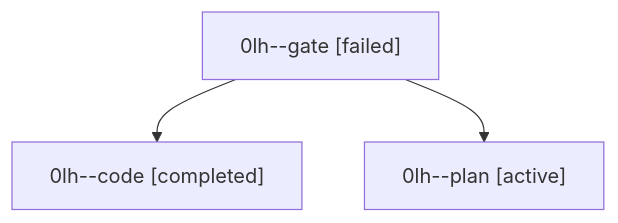
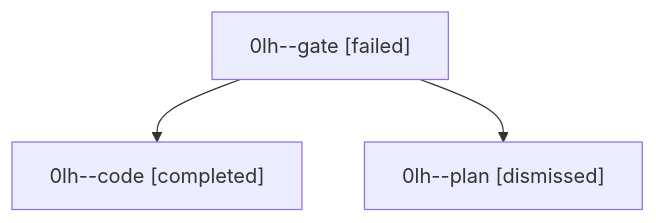
One commit to sase-org/sase--agents changed the diagram in sessions/bbugyi200.athena.0lh.md. Above: the diagram before and after it, drawn with Mermaid. The commit also changed other lines of this file and 30 other files, not shown here.

````diff
--- a/sessions/bbugyi200.athena.0lh.md
+++ b/sessions/bbugyi200.athena.0lh.md
@@ -9,8 +9,8 @@
 ```mermaid
 flowchart TD
   n0["0lh--gate [failed]"]
   n1["0lh--code [completed]"]
   n0 --> n1
-  n2["0lh--plan [active]"]
+  n2["0lh--plan [dismissed]"]
   n0 --> n2
 ```
````
